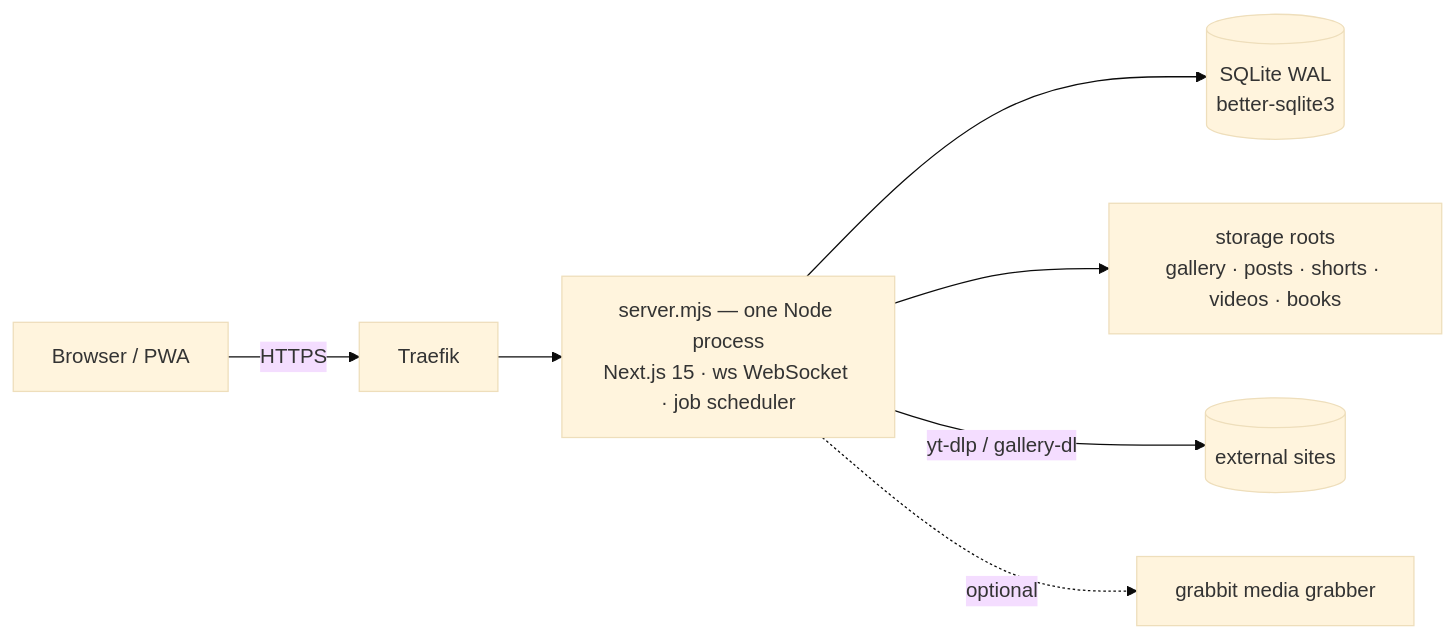
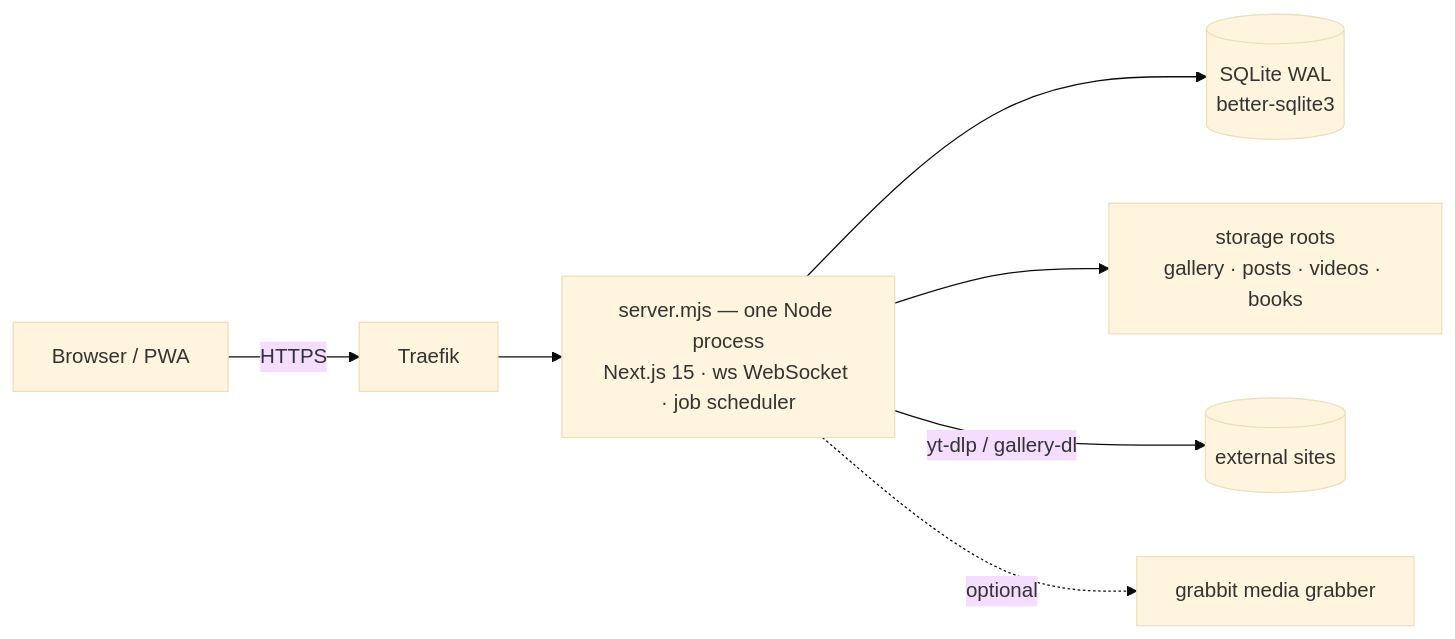
One commit to tjelite1986/elite-v2 changed the diagram in README.md. Above: the diagram before and after it, drawn with Mermaid (base theme). The commit also changed other lines of this file and 176 other files, not shown here.

````diff
--- a/README.md
+++ b/README.md
@@ -195,9 +186,9 @@
 ```mermaid
 flowchart LR
   B[Browser / PWA] -->|HTTPS| T[Traefik]
   T --> S["server.mjs — one Node process<br/>Next.js 15 · ws WebSocket · job scheduler"]
   S --> D[("SQLite WAL<br/>better-sqlite3")]
-  S --> F["storage roots<br/>gallery · posts · shorts · videos · books"]
+  S --> F["storage roots<br/>gallery · posts · videos · books"]
   S -->|"yt-dlp / gallery-dl"| X[(external sites)]
   S -.->|optional| G[grabbit media grabber]
 ```
````
